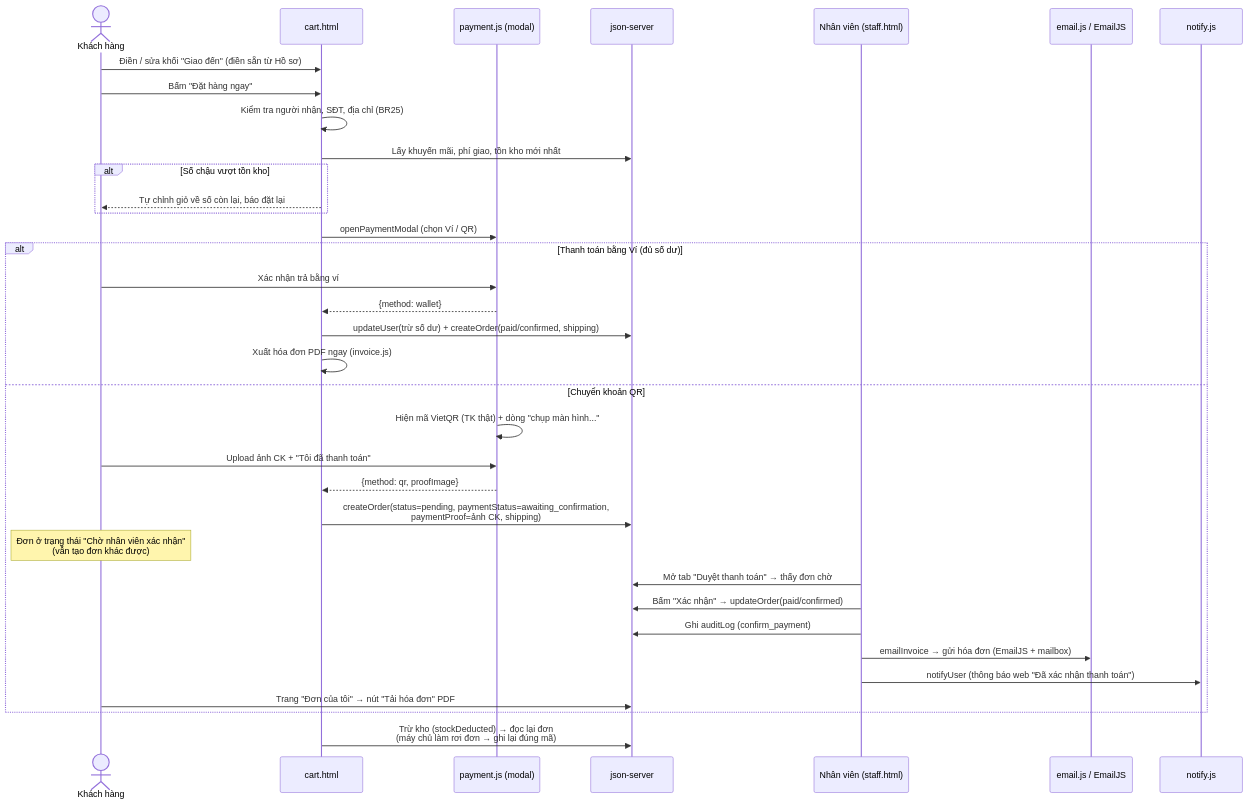
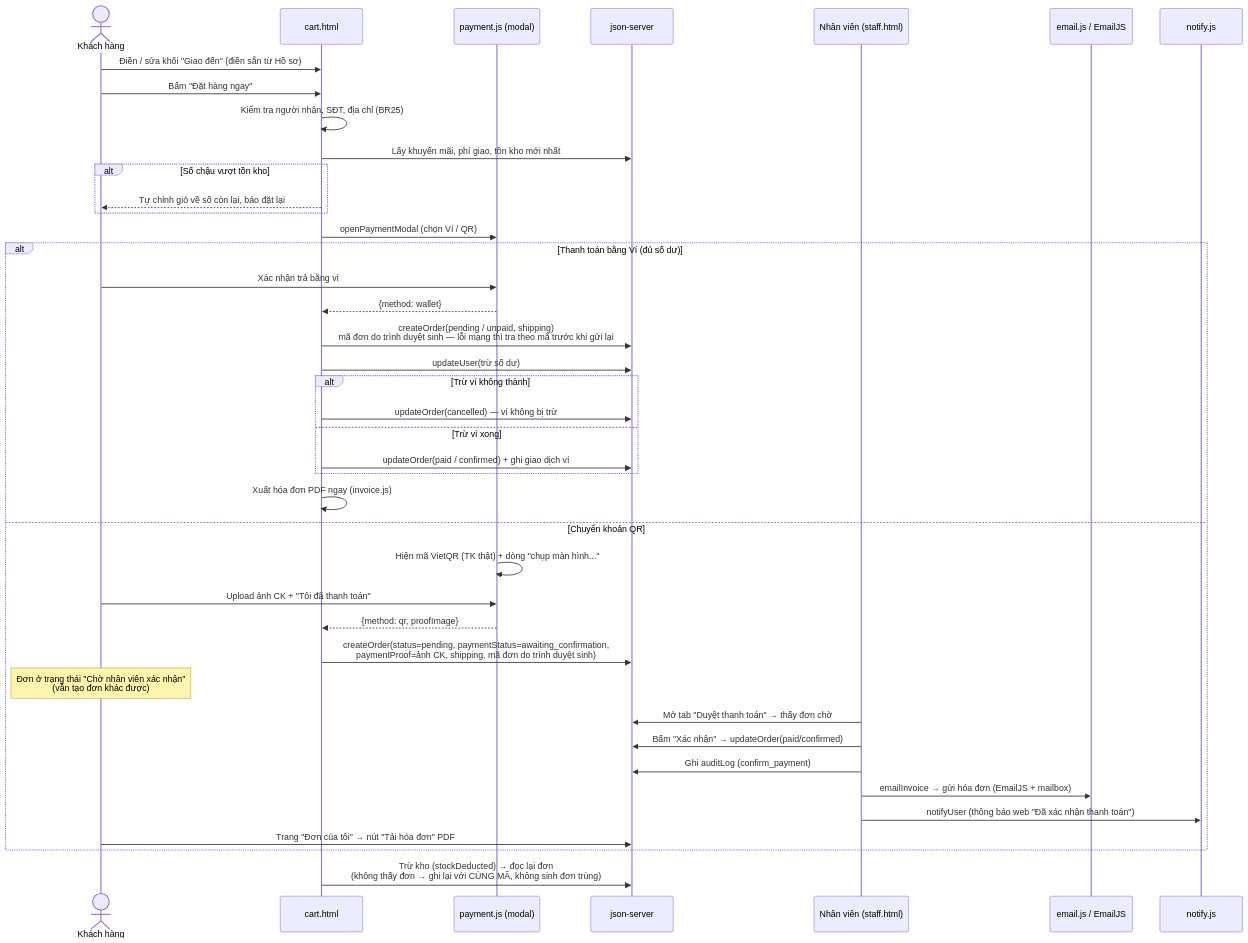
The fourth of 11 diagrams in WORKFLOW.md (phantahuuduc/sell-tree), drawn with Mermaid before and after one commit. The commit also changed other lines of this file and 13 other files, not shown here.

````diff
--- a/WORKFLOW.md
+++ b/WORKFLOW.md
@@ -95,38 +95,44 @@
 ```mermaid
 sequenceDiagram
   actor KH as Khách hàng
   participant Cart as cart.html
   participant Pay as payment.js (modal)
   participant API as json-server
   participant NV as Nhân viên (staff.html)
   participant Mail as email.js / EmailJS
   participant Noti as notify.js
 
   KH->>Cart: Điền / sửa khối "Giao đến" (điền sẵn từ Hồ sơ)
   KH->>Cart: Bấm "Đặt hàng ngay"
   Cart->>Cart: Kiểm tra người nhận, SĐT, địa chỉ (BR25)
   Cart->>API: Lấy khuyến mãi, phí giao, tồn kho mới nhất
   alt Số chậu vượt tồn kho
     Cart-->>KH: Tự chỉnh giỏ về số còn lại, báo đặt lại
   end
   Cart->>Pay: openPaymentModal (chọn Ví / QR)
   alt Thanh toán bằng Ví (đủ số dư)
     KH->>Pay: Xác nhận trả bằng ví
     Pay-->>Cart: {method: wallet}
-    Cart->>API: updateUser(trừ số dư) + createOrder(paid/confirmed, shipping)
+    Cart->>API: createOrder(pending / unpaid, shipping)<br/>mã đơn do trình duyệt sinh — lỗi mạng thì tra theo mã trước khi gửi lại
+    Cart->>API: updateUser(trừ số dư)
+    alt Trừ ví không thành
+      Cart->>API: updateOrder(cancelled) — ví không bị trừ
+    else Trừ ví xong
+      Cart->>API: updateOrder(paid / confirmed) + ghi giao dịch ví
+    end
     Cart->>Cart: Xuất hóa đơn PDF ngay (invoice.js)
   else Chuyển khoản QR
     Pay->>Pay: Hiện mã VietQR (TK thật) + dòng "chụp màn hình..."
     KH->>Pay: Upload ảnh CK + "Tôi đã thanh toán"
     Pay-->>Cart: {method: qr, proofImage}
-    Cart->>API: createOrder(status=pending, paymentStatus=awaiting_confirmation,<br/>paymentProof=ảnh CK, shipping)
+    Cart->>API: createOrder(status=pending, paymentStatus=awaiting_confirmation,<br/>paymentProof=ảnh CK, shipping, mã đơn do trình duyệt sinh)
     Note over KH: Đơn ở trạng thái "Chờ nhân viên xác nhận"<br/>(vẫn tạo đơn khác được)
     NV->>API: Mở tab "Duyệt thanh toán" → thấy đơn chờ
     NV->>API: Bấm "Xác nhận" → updateOrder(paid/confirmed)
     NV->>API: Ghi auditLog (confirm_payment)
     NV->>Mail: emailInvoice → gửi hóa đơn (EmailJS + mailbox)
     NV->>Noti: notifyUser (thông báo web "Đã xác nhận thanh toán")
     KH->>API: Trang "Đơn của tôi" → nút "Tải hóa đơn" PDF
   end
-  Cart->>API: Trừ kho (stockDeducted) → đọc lại đơn<br/>(máy chủ làm rơi đơn → ghi lại đúng mã)
+  Cart->>API: Trừ kho (stockDeducted) → đọc lại đơn<br/>(không thấy đơn → ghi lại với CÙNG MÃ, không sinh đơn trùng)
 ```
````
